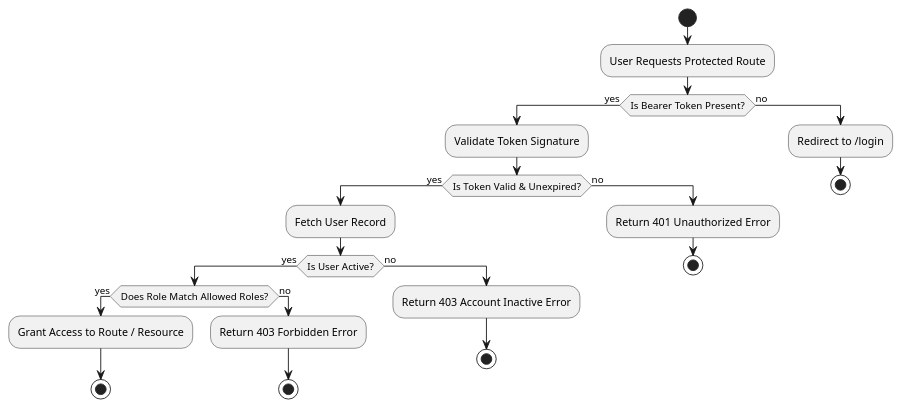
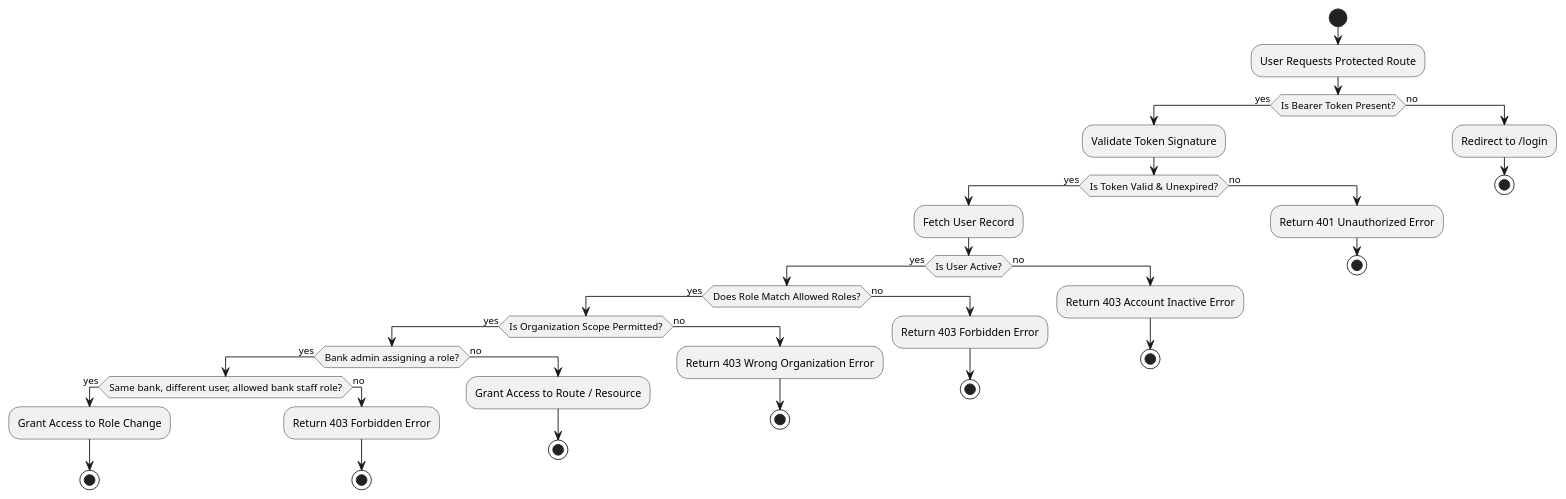
The diagram in docs/uml/AD-02-AccessCheck.puml (TitanDevX/BloodBankPlatformUni), drawn with PlantUML before and after one commit. The commit also changed 6 other files, not shown here.

```diff
--- a/docs/uml/AD-02-AccessCheck.puml
+++ b/docs/uml/AD-02-AccessCheck.puml
@@ -1,28 +1,43 @@
 @startuml AccessCheck_Activity
 start
 :User Requests Protected Route;
 if (Is Bearer Token Present?) then (yes)
   :Validate Token Signature;
   if (Is Token Valid & Unexpired?) then (yes)
     :Fetch User Record;
     if (Is User Active?) then (yes)
       if (Does Role Match Allowed Roles?) then (yes)
-        :Grant Access to Route / Resource;
-        stop
+        if (Is Organization Scope Permitted?) then (yes)
+          if (Bank admin assigning a role?) then (yes)
+            if (Same bank, different user, allowed bank staff role?) then (yes)
+              :Grant Access to Role Change;
+              stop
+            else (no)
+              :Return 403 Forbidden Error;
+              stop
+            endif
+          else (no)
+            :Grant Access to Route / Resource;
+            stop
+          endif
+        else (no)
+          :Return 403 Wrong Organization Error;
+          stop
+        endif
       else (no)
         :Return 403 Forbidden Error;
         stop
       endif
     else (no)
       :Return 403 Account Inactive Error;
       stop
     endif
   else (no)
     :Return 401 Unauthorized Error;
     stop
   endif
 else (no)
   :Redirect to /login;
   stop
 endif
 @enduml
```
